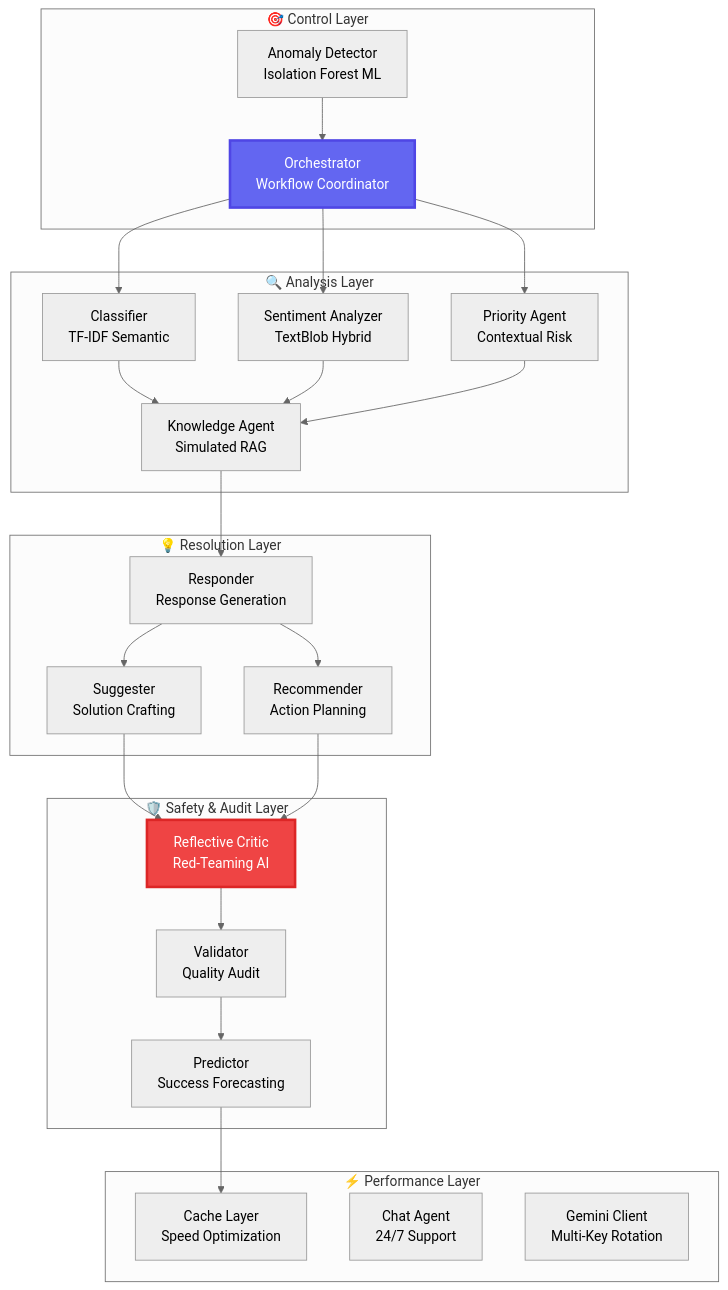
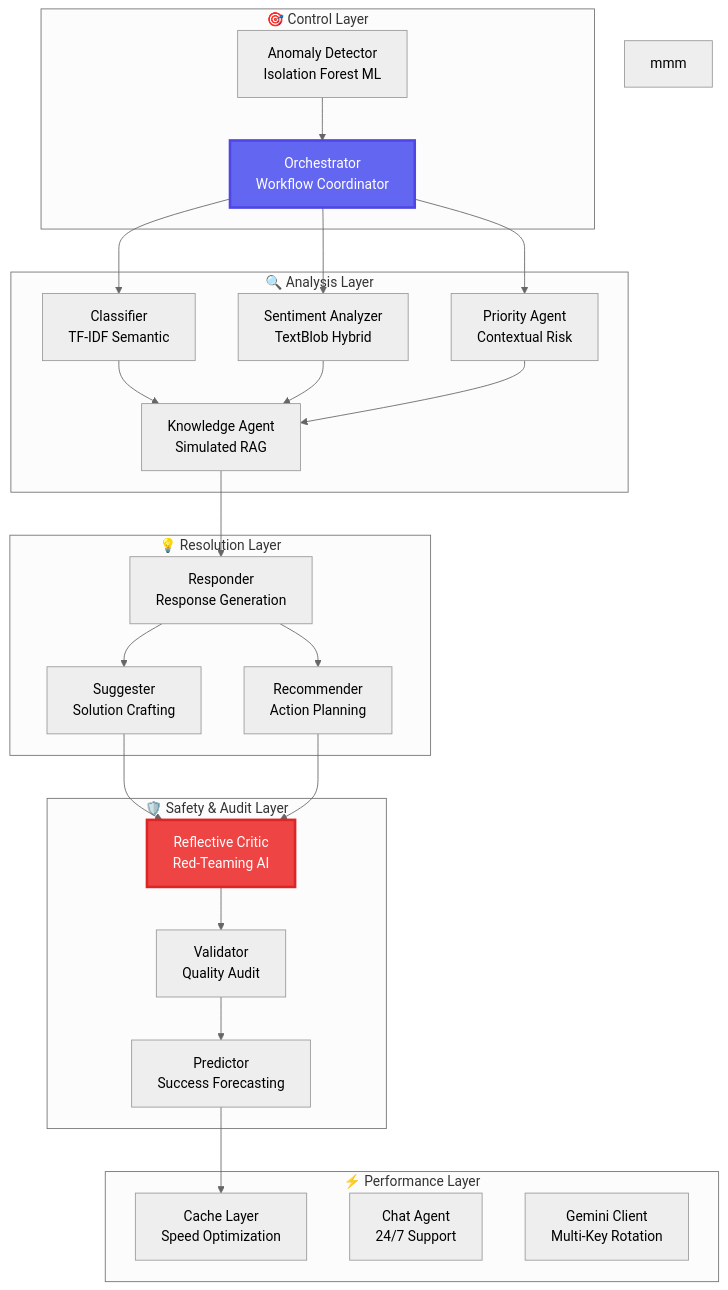
One commit to RiteshKumar2e/customer-complaint-agent_new changed the second of 6 diagrams in README.md. Above: the diagram before and after it, drawn with Mermaid (neutral theme).

````diff
--- a/README.md
+++ b/README.md
@@ -172,45 +172,45 @@
 ```mermaid
 graph TB
     subgraph "🎯 Control Layer"
         A[Orchestrator<br/>Workflow Coordinator]
         Z[Anomaly Detector<br/>Isolation Forest ML]
     end
     
     subgraph "🔍 Analysis Layer"
         B[Classifier<br/>TF-IDF Semantic]
         C[Sentiment Analyzer<br/>TextBlob Hybrid]
         D[Priority Agent<br/>Contextual Risk]
         E[Knowledge Agent<br/>Simulated RAG]
     end
     
     subgraph "💡 Resolution Layer"
         F[Responder<br/>Response Generation]
         G[Suggester<br/>Solution Crafting]
         H[Recommender<br/>Action Planning]
     end
     
     subgraph "🛡️ Safety & Audit Layer"
         I[Reflective Critic<br/>Red-Teaming AI]
         J[Validator<br/>Quality Audit]
         K[Predictor<br/>Success Forecasting]
     end
     
     subgraph "⚡ Performance Layer"
         L[Cache Layer<br/>Speed Optimization]
         M[Chat Agent<br/>24/7 Support]
         N[Gemini Client<br/>Multi-Key Rotation]
     end
-    
+    mmm
     Z --> A
     A --> B & C & D
     B & C & D --> E
     E --> F
     F --> G & H
     G & H --> I
     I --> J
     J --> K
     K --> L
     
     style A fill:#6366f1,stroke:#4f46e5,stroke-width:3px,color:#fff
     style I fill:#ef4444,stroke:#dc2626,stroke-width:3px,color:#fff
 ```
````
